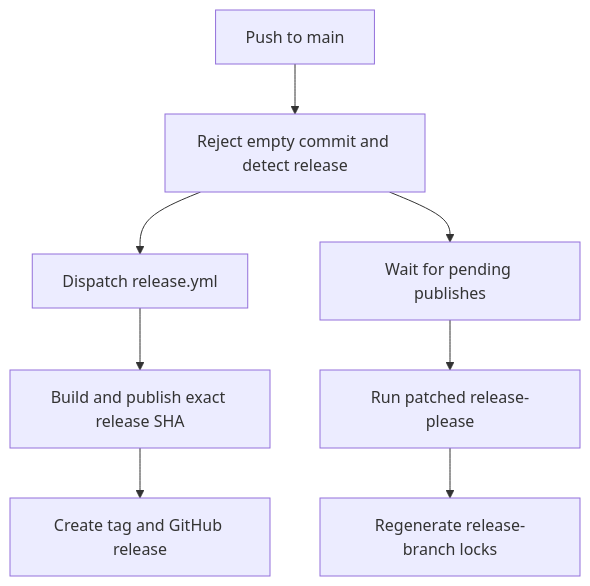
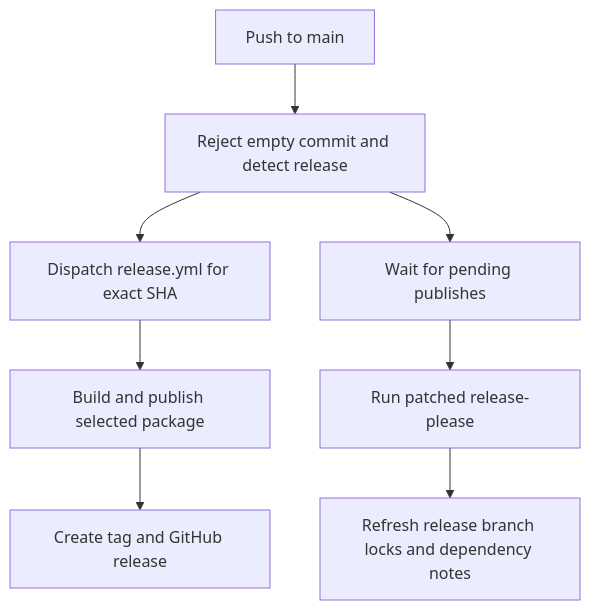
One commit to langchain-ai/deepagents changed the third of 3 diagrams in openwiki/operations/development.md. Above: the diagram before and after it, drawn with Mermaid. The commit also changed other lines of this file and 34 other files, not shown here.

````diff
--- a/openwiki/operations/development.md
+++ b/openwiki/operations/development.md
@@ -174,10 +160,10 @@
 ```mermaid
 flowchart TD
     Push["Push to main"] --> Detect["Reject empty commit and detect release"]
-    Detect --> Dispatch["Dispatch release.yml"]
+    Detect --> Dispatch["Dispatch release.yml for exact SHA"]
     Detect --> Wait["Wait for pending publishes"]
-    Dispatch --> Publish["Build and publish exact release SHA"]
+    Dispatch --> Publish["Build and publish selected package"]
     Publish --> Tagged["Create tag and GitHub release"]
     Wait --> Runner["Run patched release-please"]
-    Runner --> Locks["Regenerate release-branch locks"]
+    Runner --> Locks["Refresh release branch locks and dependency notes"]
 ```
````
